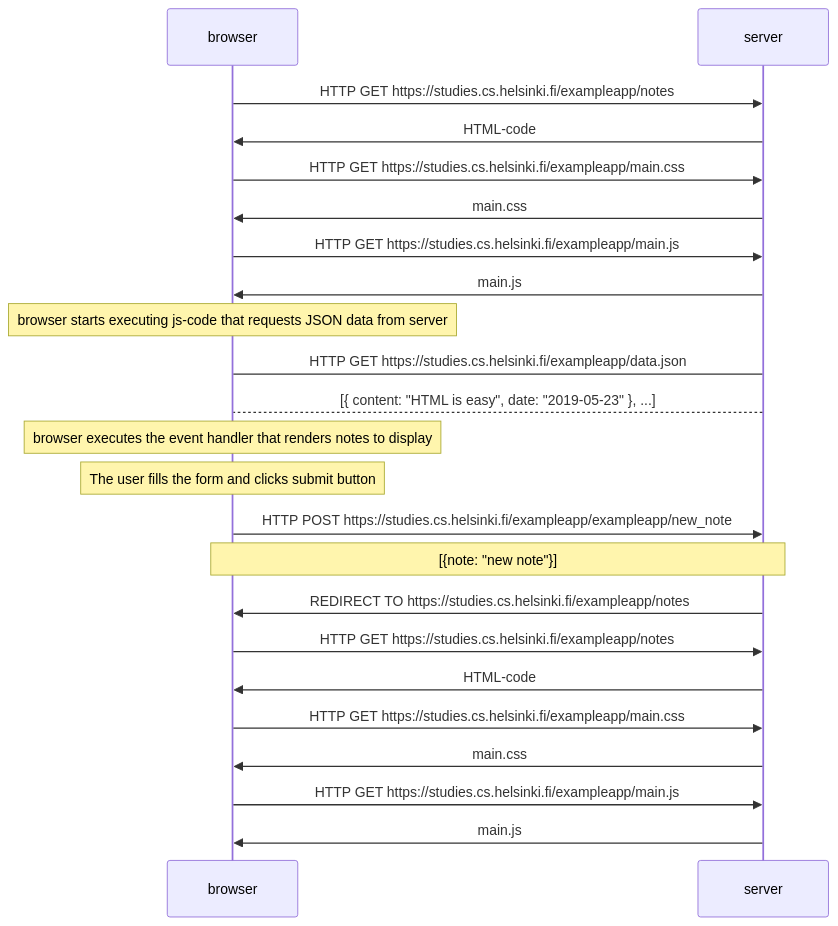
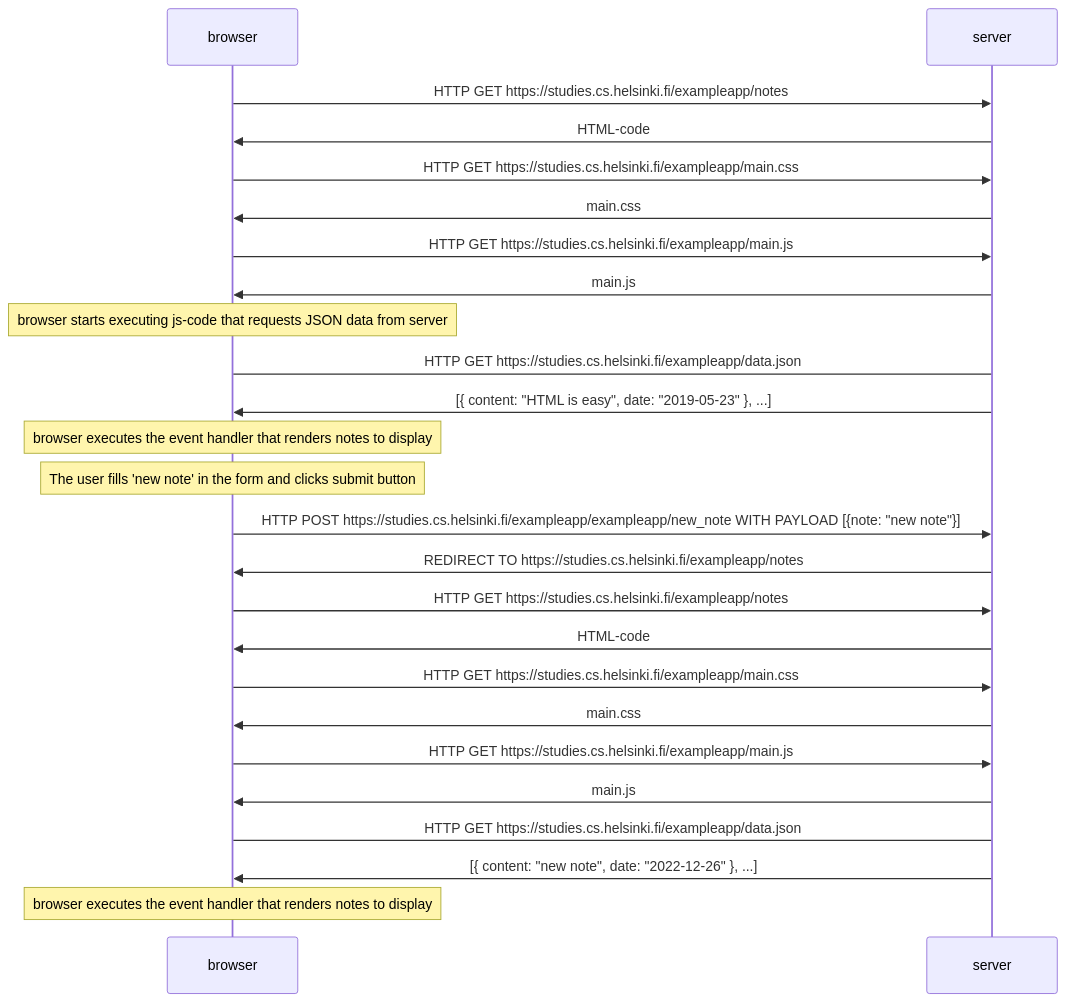
Before and after one commit to skywno/full-stack-dev: the diagram in part0/new_note_diagram.md, drawn with Mermaid.

````diff
--- a/part0/new_note_diagram.md
+++ b/part0/new_note_diagram.md
@@ -1,31 +1,36 @@
 ```mermaid
 sequenceDiagram
     participant browser
     participant server
     
     browser ->> server : HTTP GET https://studies.cs.helsinki.fi/exampleapp/notes 
     server ->> browser: HTML-code
     browser ->> server: HTTP GET https://studies.cs.helsinki.fi/exampleapp/main.css
     server ->> browser: main.css
     browser ->> server: HTTP GET https://studies.cs.helsinki.fi/exampleapp/main.js
     server ->> browser: main.js
     
     note over browser: browser starts executing js-code that requests JSON data from server
 
     browser->server: HTTP GET https://studies.cs.helsinki.fi/exampleapp/data.json
-    server-->browser: [{ content: "HTML is easy", date: "2019-05-23" }, ...]
+    server->>browser: [{ content: "HTML is easy", date: "2019-05-23" }, ...]
 
     note over browser: browser executes the event handler that renders notes to display
  
-    note over browser: The user fills the form and clicks submit button 
-    browser ->> server: HTTP POST https://studies.cs.helsinki.fi/exampleapp/exampleapp/new_note 
-    note over browser, server: [{note: "new note"}]
+    note over browser: The user fills 'new note' in the form and clicks submit button 
+    browser ->> server: HTTP POST https://studies.cs.helsinki.fi/exampleapp/exampleapp/new_note WITH PAYLOAD [{note: "new note"}]
+
     
     server ->> browser: REDIRECT TO https://studies.cs.helsinki.fi/exampleapp/notes
     browser ->> server: HTTP GET https://studies.cs.helsinki.fi/exampleapp/notes
     server ->> browser: HTML-code
     browser ->> server: HTTP GET https://studies.cs.helsinki.fi/exampleapp/main.css
     server ->> browser: main.css
     browser ->> server: HTTP GET https://studies.cs.helsinki.fi/exampleapp/main.js
     server ->> browser: main.js
+    browser->server: HTTP GET https://studies.cs.helsinki.fi/exampleapp/data.json
+    server->>browser: [{ content: "new note", date: "2022-12-26" }, ...]
+
+    note over browser: browser executes the event handler that renders notes to display
+ 
 ```
````
